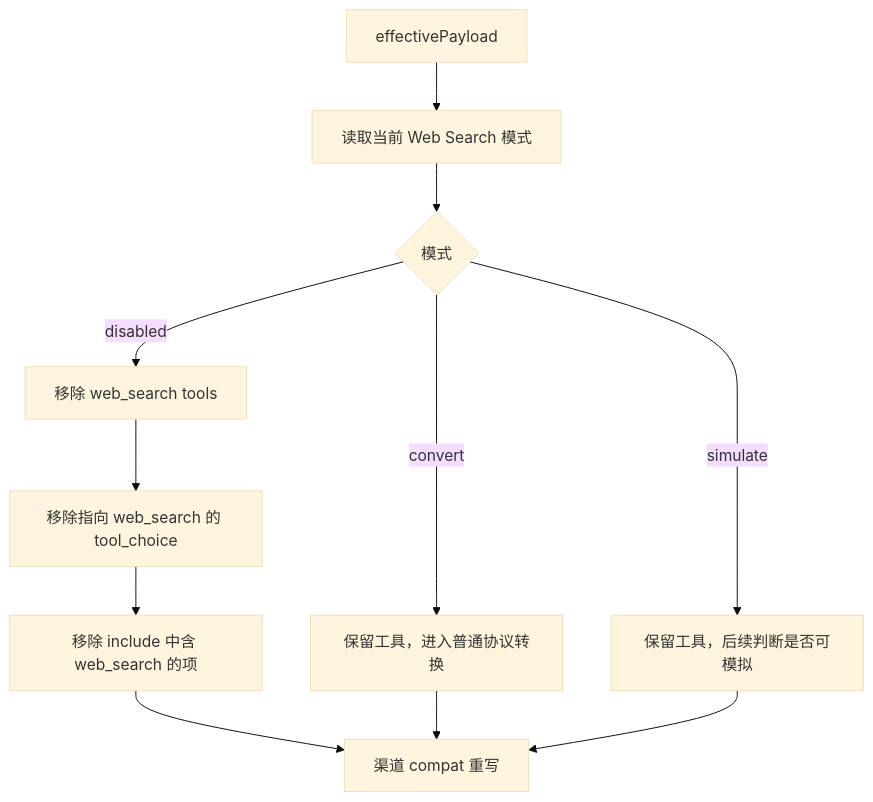
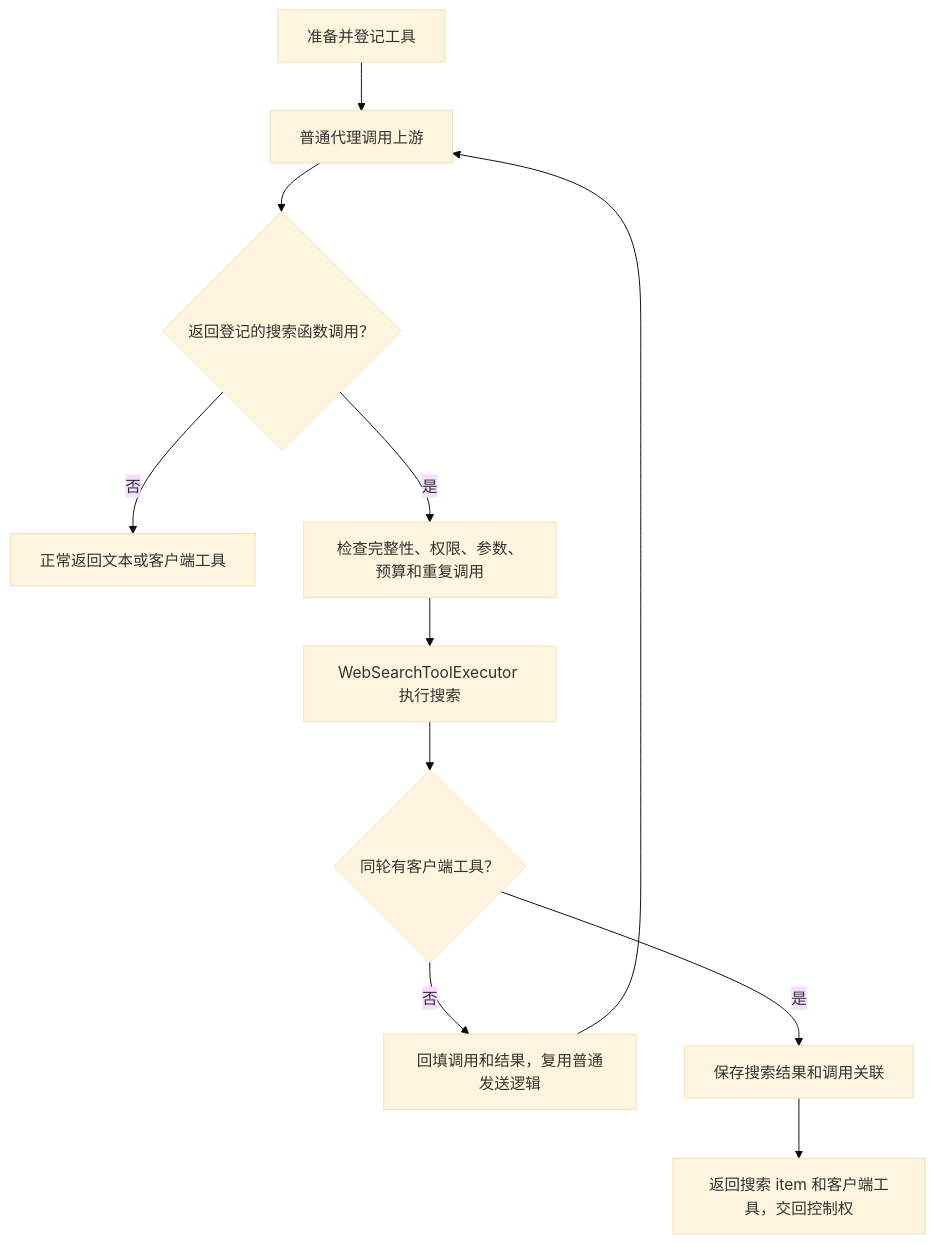
The first of 2 diagrams in doc/proxy-conversion/08-special-flows/02-web-search-modes-and-simulation.md (shL1481558059/OpenCodex), drawn with Mermaid (base theme) before and after one commit. The commit also changed other lines of this file and 56 other files, not shown here.

````diff
--- a/doc/proxy-conversion/08-special-flows/02-web-search-modes-and-simulation.md
+++ b/doc/proxy-conversion/08-special-flows/02-web-search-modes-and-simulation.md
@@ -42,13 +83,13 @@
 ```mermaid
 flowchart TD
-    A["effectivePayload"] --> B["读取当前 Web Search 模式"]
-    B --> C{"模式"}
-    C -->|"disabled"| D["移除 web_search tools"]
-    D --> E["移除指向 web_search 的 tool_choice"]
-    E --> F["移除 include 中含 web_search 的项"]
-    C -->|"convert"| G["保留工具，进入普通协议转换"]
-    C -->|"simulate"| H["保留工具，后续判断是否可模拟"]
-    F --> I["渠道 compat 重写"]
-    G --> I
-    H --> I
+    A["准备并登记工具"] --> B["普通代理调用上游"]
+    B --> C{"返回登记的搜索函数调用？"}
+    C -->|"否"| D["正常返回文本或客户端工具"]
+    C -->|"是"| E["检查完整性、权限、参数、预算和重复调用"]
+    E --> F["WebSearchToolExecutor 执行搜索"]
+    F --> G{"同轮有客户端工具？"}
+    G -->|"否"| H["回填调用和结果，复用普通发送逻辑"]
+    H --> B
+    G -->|"是"| I["保存搜索结果和调用关联"]
+    I --> J["返回搜索 item 和客户端工具，交回控制权"]
 ```
````
